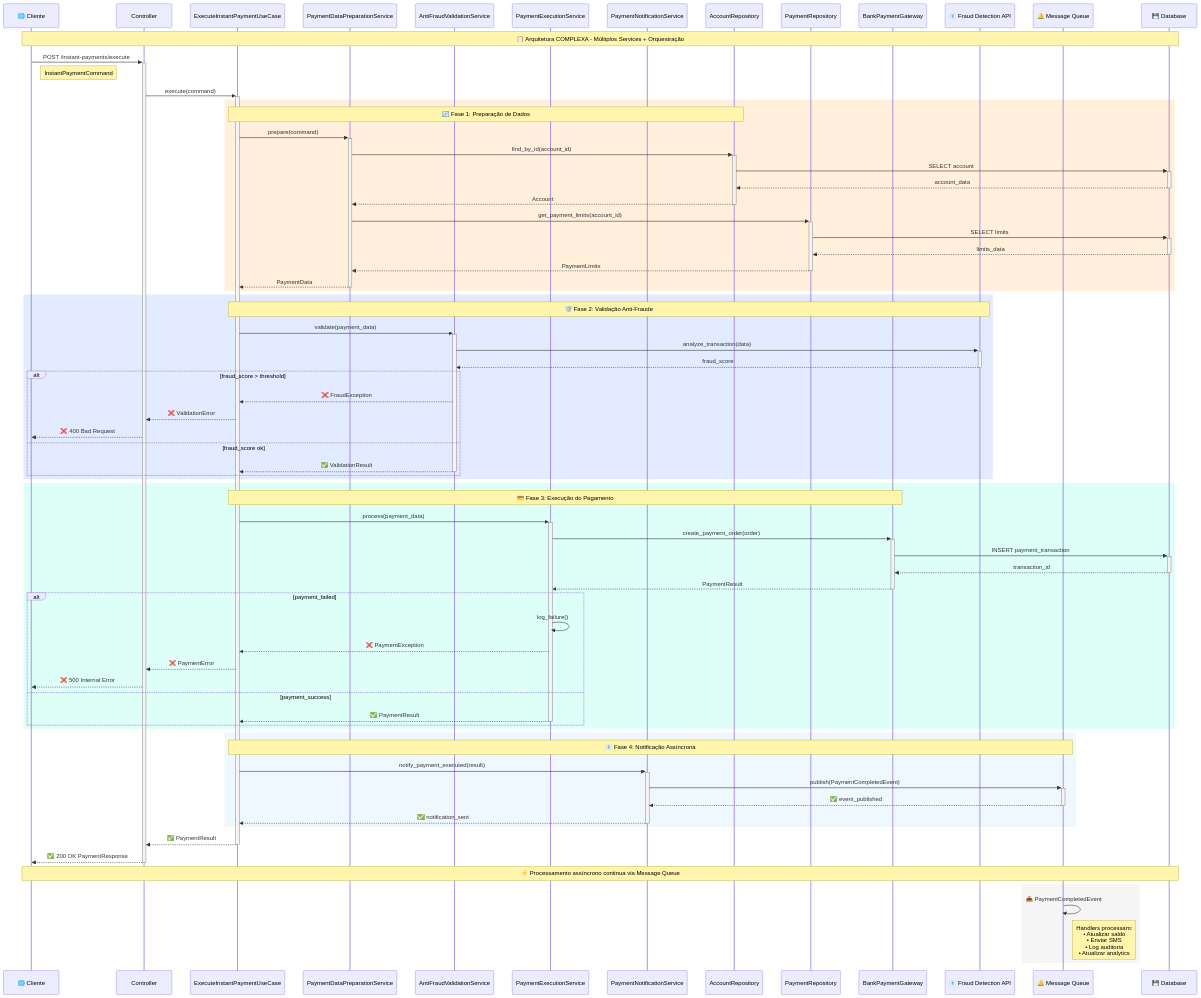
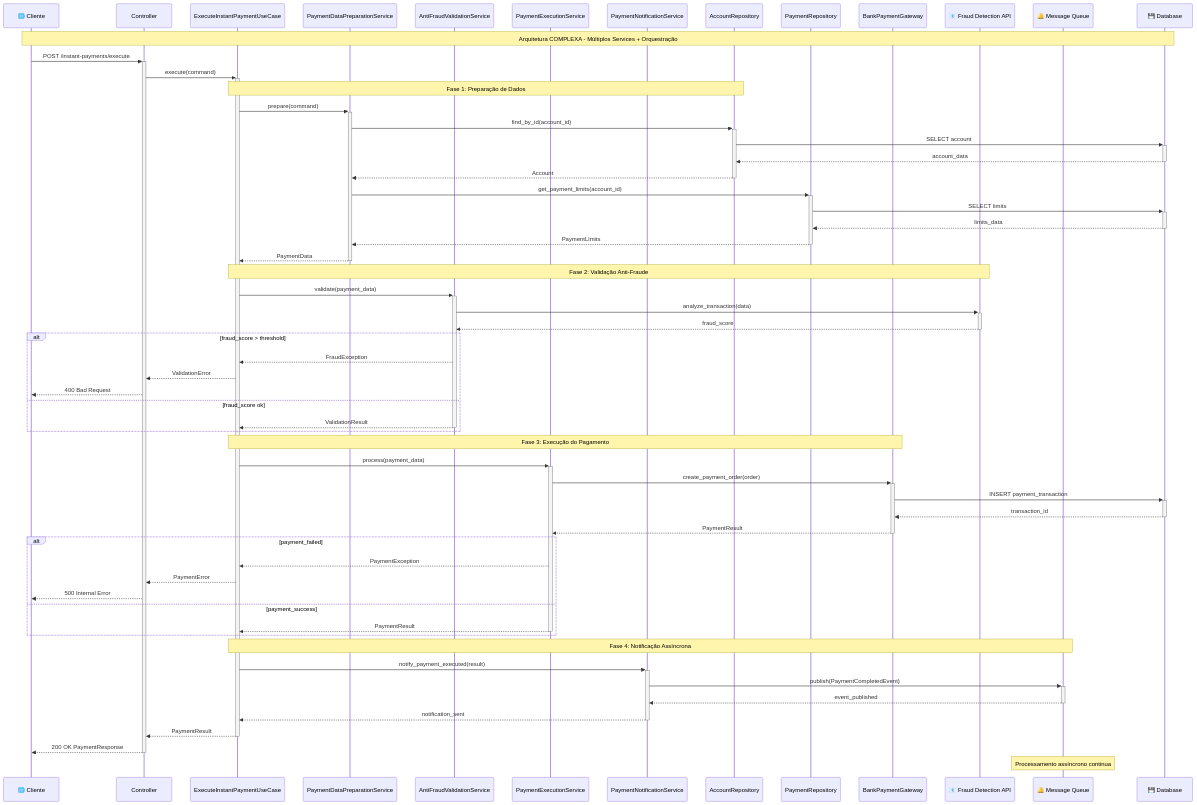
Before and after one commit to vribeirodev/software-architecture-guide: the eighth of 8 diagrams in README.md, drawn with Mermaid.

````diff
--- a/README.md
+++ b/README.md
@@ -1273,10 +1273,4 @@
 ```mermaid
----
-config:
-  theme: mc
-  look: classic
-  layout: dagre
----
 sequenceDiagram
     participant Client as 🌐 Cliente
     participant Controller as Controller
@@ -1292,76 +1286,60 @@
     participant Queue as 🔔 Message Queue
     participant DB as 💾 Database
 
-    Note over Client, DB: 📋 Arquitetura COMPLEXA - Múltiplos Services + Orquestração
+    Note over Client, DB: Arquitetura COMPLEXA - Múltiplos Services + Orquestração
 
     Client->>+Controller: POST /instant-payments/execute
-    Note right of Client: InstantPaymentCommand
-    
     Controller->>+UseCase: execute(command)
     
-    rect rgb(255, 239, 219)
-        Note over UseCase, AccountRepo: 🔄 Fase 1: Preparação de Dados
-        UseCase->>+DataService: prepare(command)
-        DataService->>+AccountRepo: find_by_id(account_id)
-        AccountRepo->>+DB: SELECT account
-        DB-->>-AccountRepo: account_data
-        AccountRepo-->>-DataService: Account
-        
-        DataService->>+PaymentRepo: get_payment_limits(account_id)
-        PaymentRepo->>+DB: SELECT limits
-        DB-->>-PaymentRepo: limits_data
-        PaymentRepo-->>-DataService: PaymentLimits
-        DataService-->>-UseCase: PaymentData
+    Note over UseCase, AccountRepo: Fase 1: Preparação de Dados
+    UseCase->>+DataService: prepare(command)
+    DataService->>+AccountRepo: find_by_id(account_id)
+    AccountRepo->>+DB: SELECT account
+    DB-->>-AccountRepo: account_data
+    AccountRepo-->>-DataService: Account
+    
+    DataService->>+PaymentRepo: get_payment_limits(account_id)
+    PaymentRepo->>+DB: SELECT limits
+    DB-->>-PaymentRepo: limits_data
+    PaymentRepo-->>-DataService: PaymentLimits
+    DataService-->>-UseCase: PaymentData
+
+    Note over UseCase, FraudAPI: Fase 2: Validação Anti-Fraude
+    UseCase->>+FraudService: validate(payment_data)
+    FraudService->>+FraudAPI: analyze_transaction(data)
+    FraudAPI-->>-FraudService: fraud_score
+    
+    alt fraud_score > threshold
+        FraudService-->>UseCase: FraudException
+        UseCase-->>Controller: ValidationError
+        Controller-->>Client: 400 Bad Request
+    else fraud_score ok
+        FraudService-->>-UseCase: ValidationResult
     end
 
-    rect rgb(226, 235, 255)
-        Note over UseCase, FraudAPI: 🛡️ Fase 2: Validação Anti-Fraude
-        UseCase->>+FraudService: validate(payment_data)
-        FraudService->>+FraudAPI: analyze_transaction(data)
-        FraudAPI-->>-FraudService: fraud_score
-        
-        alt fraud_score > threshold
-            FraudService-->>UseCase: ❌ FraudException
-            UseCase-->>Controller: ❌ ValidationError
-            Controller-->>Client: ❌ 400 Bad Request
-        else fraud_score ok
-            FraudService-->>-UseCase: ✅ ValidationResult
-        end
+    Note over UseCase, BankGateway: Fase 3: Execução do Pagamento
+    UseCase->>+ExecService: process(payment_data)
+    ExecService->>+BankGateway: create_payment_order(order)
+    BankGateway->>+DB: INSERT payment_transaction
+    DB-->>-BankGateway: transaction_id
+    BankGateway-->>-ExecService: PaymentResult
+    
+    alt payment_failed
+        ExecService-->>UseCase: PaymentException
+        UseCase-->>Controller: PaymentError
+        Controller-->>Client: 500 Internal Error
+    else payment_success
+        ExecService-->>-UseCase: PaymentResult
     end
 
-    rect rgb(222, 255, 248)
-        Note over UseCase, BankGateway: 💳 Fase 3: Execução do Pagamento
-        UseCase->>+ExecService: process(payment_data)
-        ExecService->>+BankGateway: create_payment_order(order)
-        BankGateway->>+DB: INSERT payment_transaction
-        DB-->>-BankGateway: transaction_id
-        BankGateway-->>-ExecService: PaymentResult
-        
-        alt payment_failed
-            ExecService->>ExecService: log_failure()
-            ExecService-->>UseCase: ❌ PaymentException
-            UseCase-->>Controller: ❌ PaymentError
-            Controller-->>Client: ❌ 500 Internal Error
-        else payment_success
-            ExecService-->>-UseCase: ✅ PaymentResult
-        end
-    end
+    Note over UseCase, Queue: Fase 4: Notificação Assíncrona
+    UseCase->>+NotifService: notify_payment_executed(result)
+    NotifService->>+Queue: publish(PaymentCompletedEvent)
+    Queue-->>-NotifService: event_published
+    NotifService-->>-UseCase: notification_sent
 
-    rect rgb(240, 248, 255)
-        Note over UseCase, Queue: 📧 Fase 4: Notificação Assíncrona
-        UseCase->>+NotifService: notify_payment_executed(result)
-        NotifService->>+Queue: publish(PaymentCompletedEvent)
-        Queue-->>-NotifService: ✅ event_published
-        NotifService-->>-UseCase: ✅ notification_sent
-    end
+    UseCase-->>-Controller: PaymentResult
+    Controller-->>-Client: 200 OK PaymentResponse
 
-    UseCase-->>-Controller: ✅ PaymentResult
-    Controller-->>-Client: ✅ 200 OK PaymentResponse
-
-    Note over Client, DB: ⚡ Processamento assíncrono continua via Message Queue
-    
-    rect rgb(245, 245, 245)
-        Queue->>Queue: 📤 PaymentCompletedEvent
-        Note right of Queue: Handlers processam:<br/>• Atualizar saldo<br/>• Enviar SMS<br/>• Log auditoria<br/>• Atualizar analytics
-    end
+    Note over Queue: Processamento assíncrono continua
 ``` 
````
